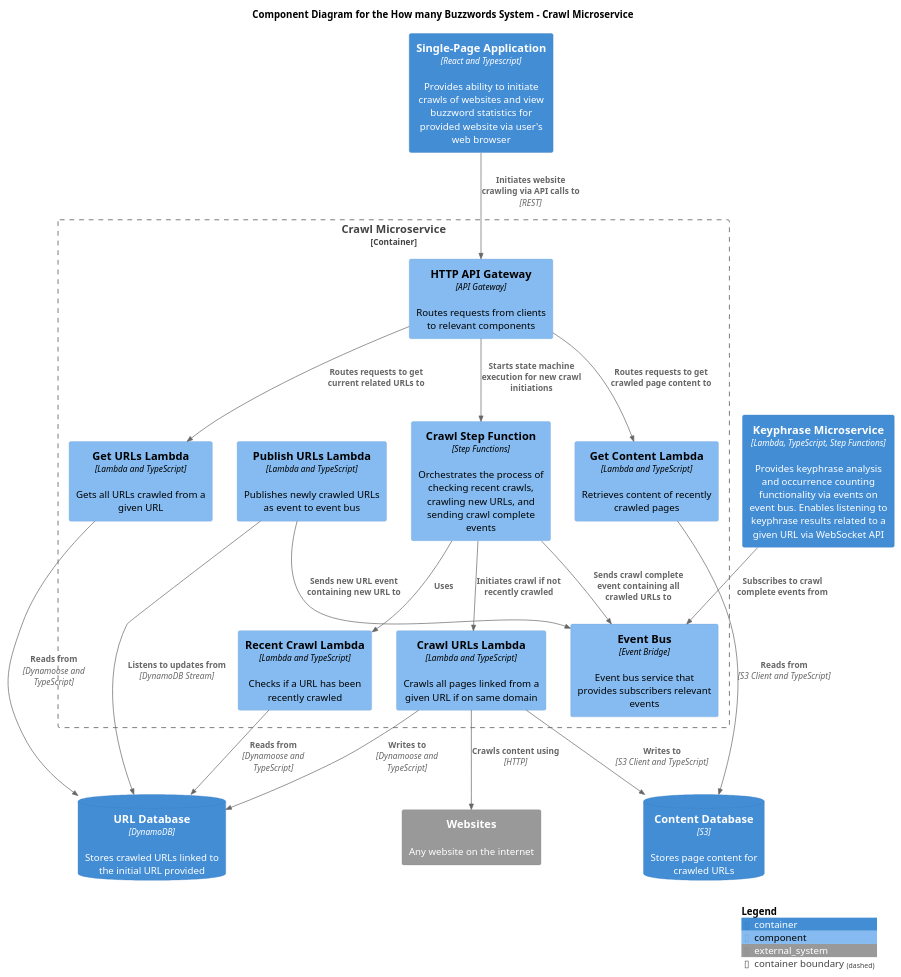
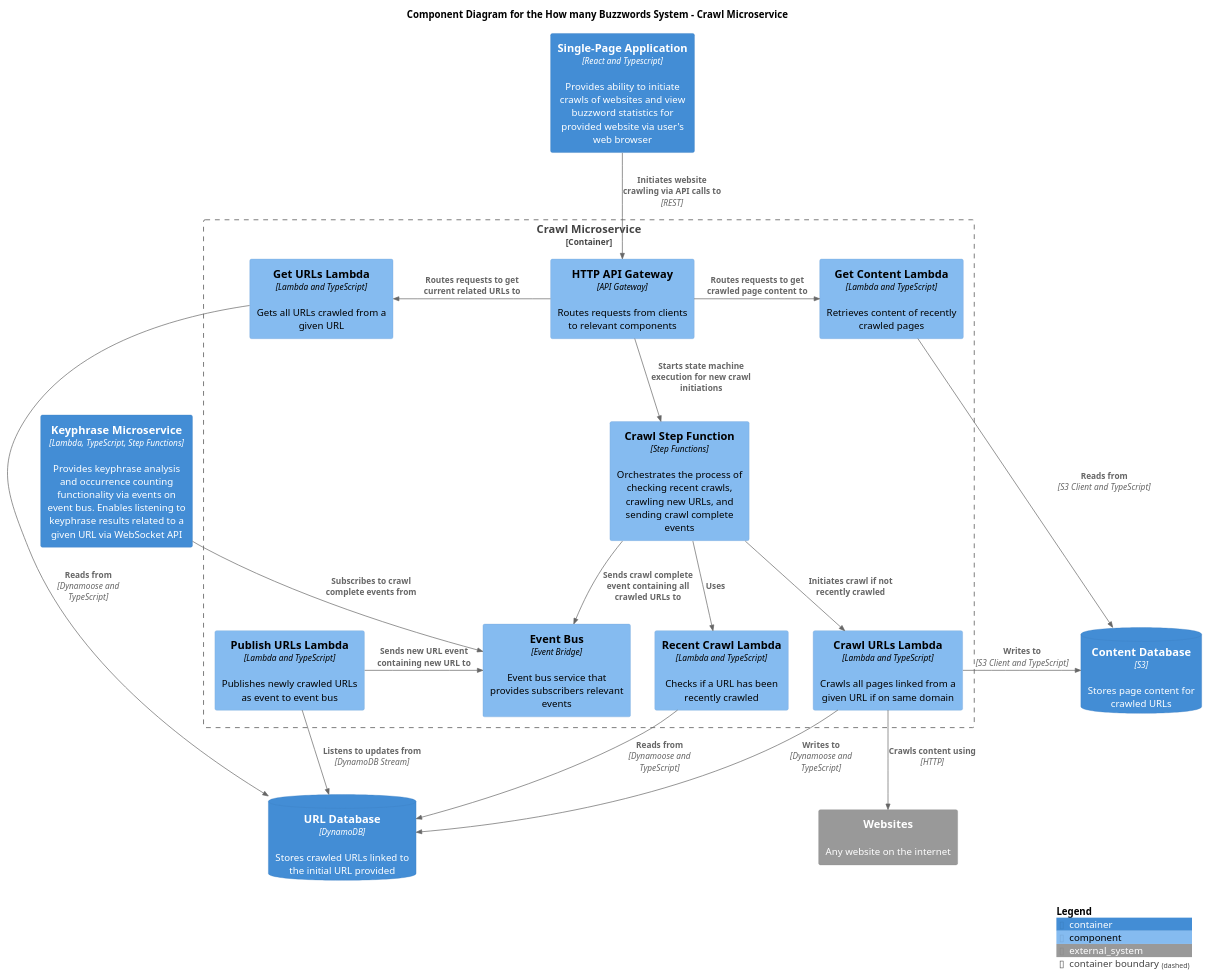
One commit to ashley-evans/how-many-buzzwords changed the diagram in docs/c4-diagrams/buzzword-c4-component-crawl-microservice.puml. Above: the diagram before and after it, drawn with PlantUML.

Commit message:
Update crawl service component diagram to improve relationship layout

```diff
--- a/docs/c4-diagrams/buzzword-c4-component-crawl-microservice.puml
+++ b/docs/c4-diagrams/buzzword-c4-component-crawl-microservice.puml
@@ -1,53 +1,53 @@
 @startuml Buzzword C4 Component Diagram
 
 !include https://raw.githubusercontent.com/plantuml-stdlib/C4-PlantUML/master/C4_Component.puml
 
 title Component Diagram for the How many Buzzwords System - Crawl Microservice
 
 Container(single_page_application, "Single-Page Application", "React and Typescript", $descr="Provides ability to initiate crawls of websites and view buzzword statistics for provided website via user's web browser")
 Container(keyphrase_microservice, "Keyphrase Microservice", "Lambda, TypeScript, Step Functions", "Provides keyphrase analysis and occurrence counting functionality via events on event bus. Enables listening to keyphrase results related to a given URL via WebSocket API")
 
 Container_Boundary(crawl_microservice_boundary, "Crawl Microservice") {
     Component(api_gateway, "HTTP API Gateway", "API Gateway", "Routes requests from clients to relevant components")
     Component(step_function, "Crawl Step Function", "Step Functions", "Orchestrates the process of checking recent crawls, crawling new URLs, and sending crawl complete events")
     Component(recent_crawl_lambda, "Recent Crawl Lambda", "Lambda and TypeScript", "Checks if a URL has been recently crawled")
     Component(crawl_urls_lambda, "Crawl URLs Lambda", "Lambda and TypeScript", "Crawls all pages linked from a given URL if on same domain")
     Component(get_content_lambda, "Get Content Lambda", "Lambda and TypeScript", "Retrieves content of recently crawled pages")
     Component(get_urls_lambda, "Get URLs Lambda", "Lambda and TypeScript", "Gets all URLs crawled from a given URL")
     Component(publish_urls_lambda, "Publish URLs Lambda", "Lambda and TypeScript", "Publishes newly crawled URLs as event to event bus")
     Component(event_bus, "Event Bus", "Event Bridge", "Event bus service that provides subscribers relevant events")
 }
 
 ContainerDb(url_db, "URL Database", "DynamoDB", $descr="Stores crawled URLs linked to the initial URL provided")
 ContainerDb(content_db, "Content Database", "S3", $descr="Stores page content for crawled URLs")
 
 System_Ext(websites, "Websites", "Any website on the internet")
 
 Rel(single_page_application, api_gateway, "Initiates website crawling via API calls to", "REST")
 
 Rel(api_gateway, step_function, "Starts state machine execution for new crawl initiations")
-Rel(api_gateway, get_urls_lambda, "Routes requests to get current related URLs to")
-Rel(api_gateway, get_content_lambda, "Routes requests to get crawled page content to")
+Rel_L(api_gateway, get_urls_lambda, "Routes requests to get current related URLs to")
+Rel_R(api_gateway, get_content_lambda, "Routes requests to get crawled page content to")
 
 Rel(step_function, recent_crawl_lambda, "Uses")
 Rel(step_function, crawl_urls_lambda, "Initiates crawl if not recently crawled")
 Rel(step_function, event_bus, "Sends crawl complete event containing all crawled URLs to")
 
 Rel(recent_crawl_lambda, url_db, "Reads from", "Dynamoose and TypeScript")
 
 Rel(crawl_urls_lambda, url_db, "Writes to", "Dynamoose and TypeScript")
-Rel(crawl_urls_lambda, content_db, "Writes to", "S3 Client and TypeScript")
-Rel(crawl_urls_lambda, websites, "Crawls content using", "HTTP")
+Rel_R(crawl_urls_lambda, content_db, "Writes to", "S3 Client and TypeScript")
+Rel_D(crawl_urls_lambda, websites, "Crawls content using", "HTTP")
 
 Rel(get_urls_lambda, url_db, "Reads from", "Dynamoose and TypeScript")
 
 Rel(get_content_lambda, content_db, "Reads from", "S3 Client and TypeScript")
 
-Rel(publish_urls_lambda, url_db, "Listens to updates from", "DynamoDB Stream")
-Rel(publish_urls_lambda, event_bus, "Sends new URL event containing new URL to")
+Rel_U(publish_urls_lambda, url_db, "Listens to updates from", "DynamoDB Stream")
+Rel_R(publish_urls_lambda, event_bus, "Sends new URL event containing new URL to")
 
 Rel(keyphrase_microservice, event_bus, "Subscribes to crawl complete events from")
 
 SHOW_LEGEND()
 
 @enduml
```
